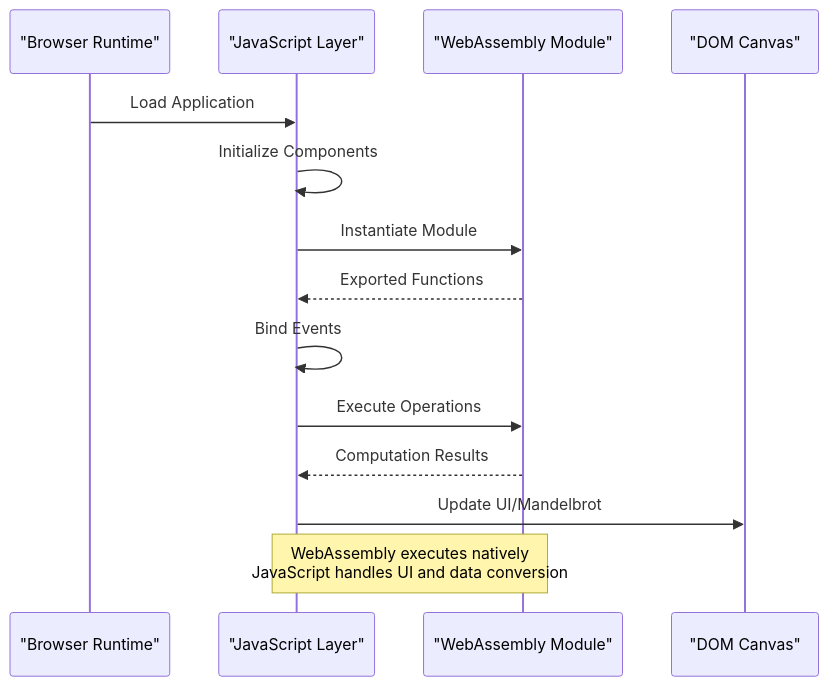
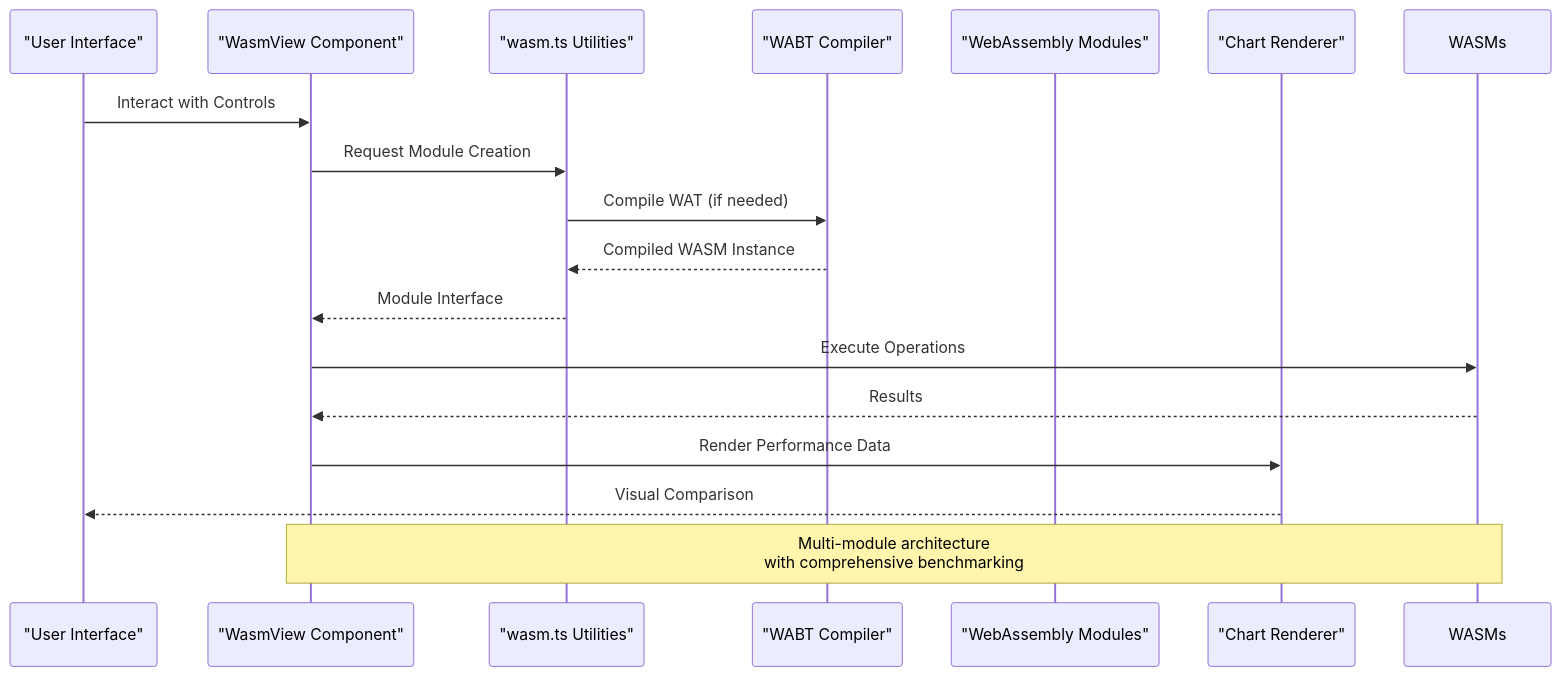
Before and after one commit to adminfyy/adminfyy.github.io: the second of 4 diagrams in .qoder/repowiki/en/content/Interactive Applications/WebAssembly Arithmetic Calculator.md, drawn with Mermaid. The commit also changed other lines of this file and 34 other files, not shown here.

````diff
--- a/.qoder/repowiki/en/content/Interactive Applications/WebAssembly Arithmetic Calculator.md
+++ b/.qoder/repowiki/en/content/Interactive Applications/WebAssembly Arithmetic Calculator.md
@@ -99,16 +158,19 @@
 ```mermaid
 sequenceDiagram
-participant Browser as "Browser Runtime"
-participant JS as "JavaScript Layer"
-participant WASM as "WebAssembly Module"
-participant DOM as "DOM Canvas"
-Browser->>JS : Load Application
-JS->>JS : Initialize Components
-JS->>WASM : Instantiate Module
-WASM-->>JS : Exported Functions
-JS->>JS : Bind Events
-JS->>WASM : Execute Operations
-WASM-->>JS : Computation Results
-JS->>DOM : Update UI/Mandelbrot
-Note over JS,WASM : WebAssembly executes natively<br/>JavaScript handles UI and data conversion
+participant User as "User Interface"
+participant Vue as "WasmView Component"
+participant Utils as "wasm.ts Utilities"
+participant WABT as "WABT Compiler"
+participant WASM as "WebAssembly Modules"
+participant Chart as "Chart Renderer"
+User->>Vue : Interact with Controls
+Vue->>Utils : Request Module Creation
+Utils->>WABT : Compile WAT (if needed)
+WABT-->>Utils : Compiled WASM Instance
+Utils-->>Vue : Module Interface
+Vue->>WASMs : Execute Operations
+WASMs-->>Vue : Results
+Vue->>Chart : Render Performance Data
+Chart-->>User : Visual Comparison
+Note over Vue,WASMs : Multi-module architecture<br/>with comprehensive benchmarking
 ```
````
